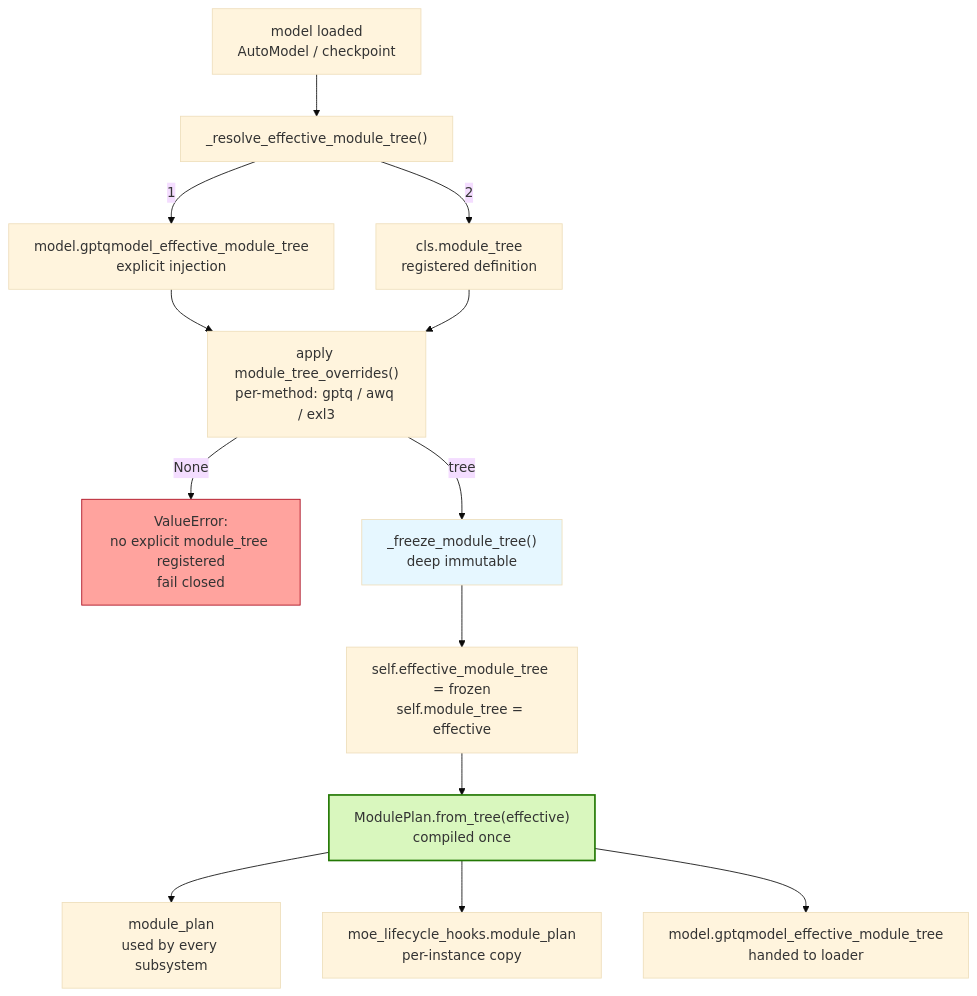
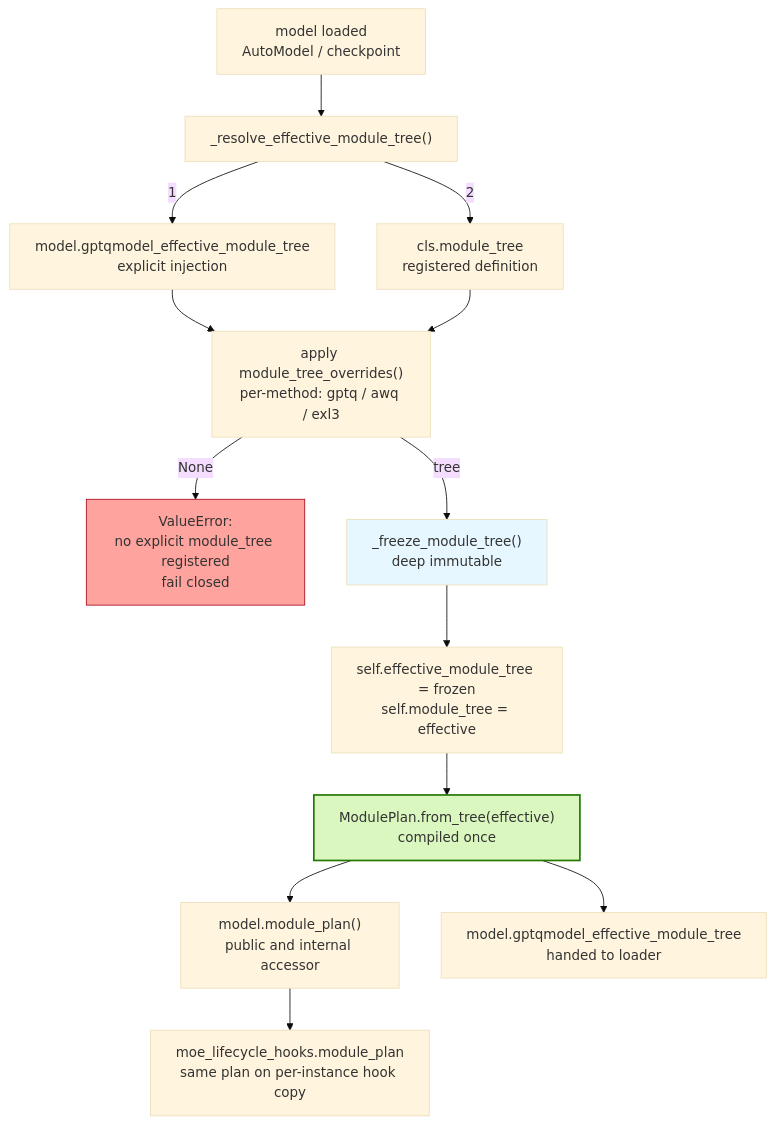
The second of 13 diagrams in docs/model-tree-resolution.md (ModelCloud/GPTQModel), drawn with Mermaid (base theme) before and after one commit. The commit also changed other lines of this file and 4 other files, not shown here.

Commit message:
docs: explain module plans, model tags and DeepSeek V4.1 inventory

````diff
--- a/docs/model-tree-resolution.md
+++ b/docs/model-tree-resolution.md
@@ -51,18 +56,18 @@
 ```mermaid
 flowchart TD
     M["model loaded<br/>AutoModel / checkpoint"] --> RES["_resolve_effective_module_tree()"]
     RES -->|1| INJ["model.gptqmodel_effective_module_tree<br/>explicit injection"]
     RES -->|2| CLS["cls.module_tree<br/>registered definition"]
     INJ --> OVR
     CLS --> OVR["apply module_tree_overrides()<br/>per-method: gptq / awq / exl3"]
     OVR -->|None| ERR["ValueError:<br/>no explicit module_tree registered<br/>fail closed"]
     OVR -->|tree| FRZ["_freeze_module_tree()<br/>deep immutable"]
     FRZ --> ATTR["self.effective_module_tree = frozen<br/>self.module_tree = effective"]
     ATTR --> PLAN["ModulePlan.from_tree(effective)<br/>compiled once"]
-    PLAN --> USE["module_plan<br/>used by every subsystem"]
-    PLAN --> HOOK["moe_lifecycle_hooks.module_plan<br/>per-instance copy"]
+    PLAN --> USE["model.module_plan()<br/>public and internal accessor"]
+    USE --> HOOK["moe_lifecycle_hooks.module_plan<br/>same plan on per-instance hook copy"]
     PLAN --> MDL["model.gptqmodel_effective_module_tree<br/>handed to loader"]
     style PLAN fill:#d9f7be,stroke:#237804,stroke-width:2px
     style ERR fill:#ffa39e,stroke:#a8071a
     style FRZ fill:#e6f7ff
 ```
````
